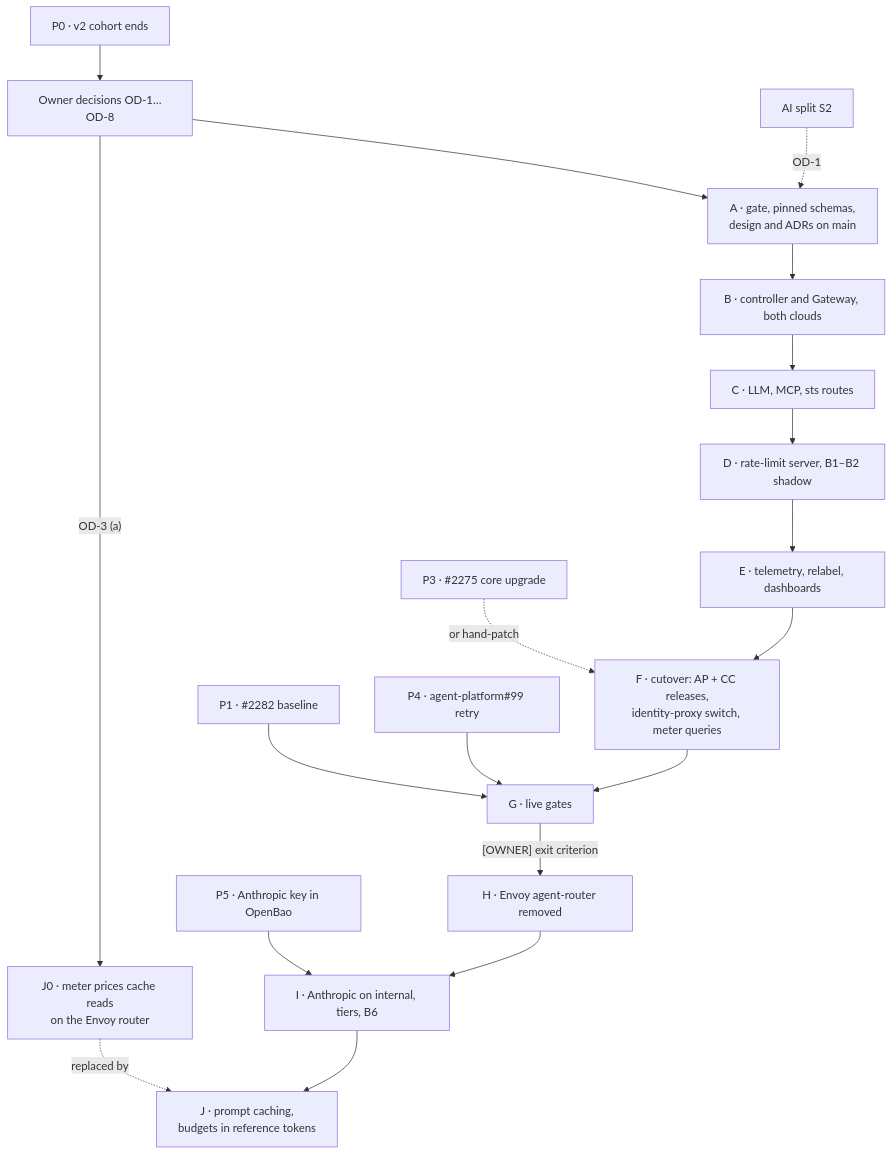
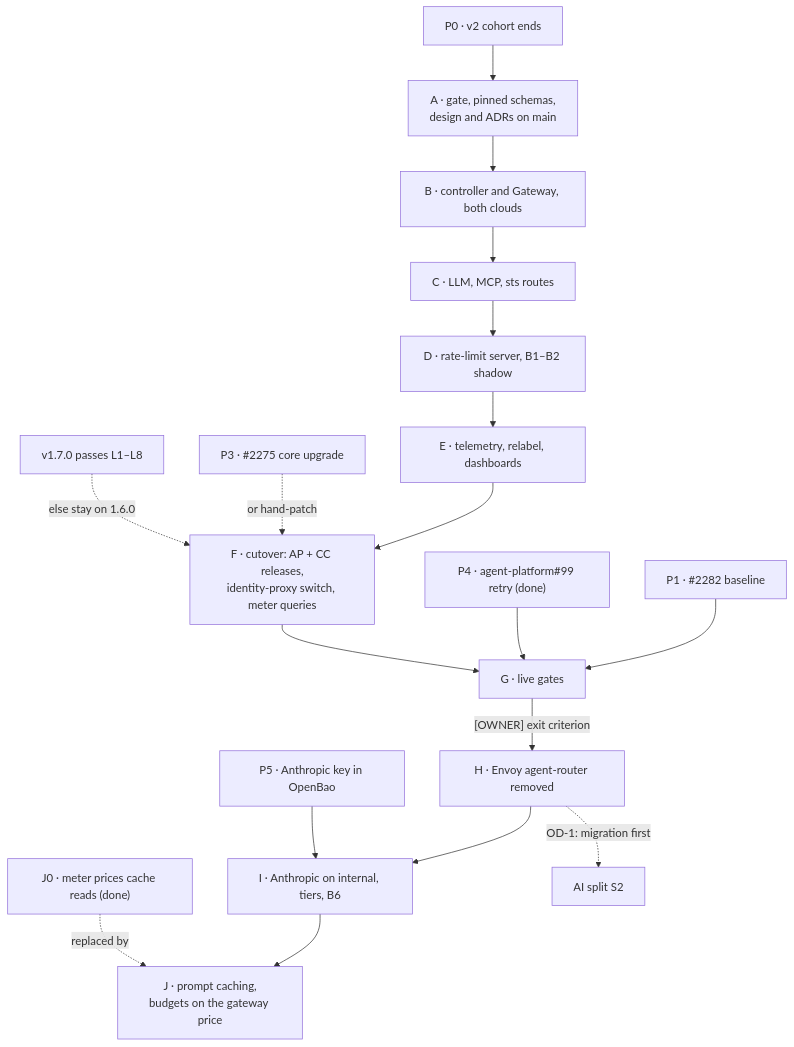
Before and after one commit to Smana/cloud-native-ref: the diagram in docs/superpowers/plans/2026-10-15-agent-router-agentgateway-plan.md, drawn with Mermaid. The commit also changed other lines of this file, not shown here.

First line of the commit message:
docs(agents): record the agentgateway owner decisions and the PoC's live findings in the plan

````diff
--- a/docs/superpowers/plans/2026-10-15-agent-router-agentgateway-plan.md
+++ b/docs/superpowers/plans/2026-10-15-agent-router-agentgateway-plan.md
@@ -77,21 +105,21 @@
 ```mermaid
 flowchart TD
-  P0["P0 · v2 cohort ends"] --> OD["Owner decisions OD-1…OD-8"]
-  OD -->|"OD-3 (a)"| J0["J0 · meter prices cache reads<br/>on the Envoy router"]
-  OD --> A["A · gate, pinned schemas,<br/>design and ADRs on main"]
+  P0["P0 · v2 cohort ends"] --> A["A · gate, pinned schemas,<br/>design and ADRs on main"]
+  J0["J0 · meter prices cache reads (done)"]
   A --> B["B · controller and Gateway, both clouds"]
   B --> C["C · LLM, MCP, sts routes"]
   C --> D["D · rate-limit server, B1–B2 shadow"]
   D --> E["E · telemetry, relabel, dashboards"]
   E --> F["F · cutover: AP + CC releases,<br/>identity-proxy switch, meter queries"]
   P1["P1 · #2282 baseline"] --> G
   P3["P3 · #2275 core upgrade"] -.->|"or hand-patch"| F
-  P4["P4 · agent-platform#99 retry"] --> G
+  P4["P4 · agent-platform#99 retry (done)"] --> G
+  V17["v1.7.0 passes L1–L8"] -.->|"else stay on 1.6.0"| F
   F --> G["G · live gates"]
   G -->|"[OWNER] exit criterion"| H["H · Envoy agent-router removed"]
   H --> I["I · Anthropic on internal, tiers, B6"]
   P5["P5 · Anthropic key in OpenBao"] --> I
-  I --> J["J · prompt caching,<br/>budgets in reference tokens"]
+  I --> J["J · prompt caching,<br/>budgets on the gateway price"]
   J0 -.->|"replaced by"| J
-  S2["AI split S2"] -.->|"OD-1"| A
+  H -.->|"OD-1: migration first"| S2["AI split S2"]
 ```
````
